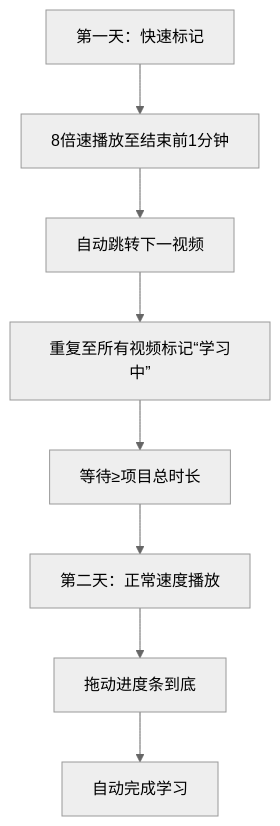
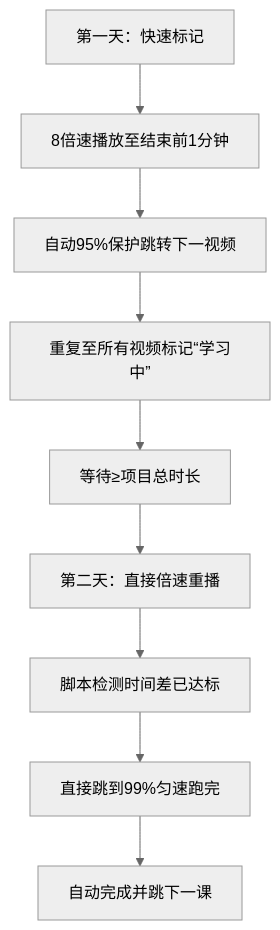
The diagram in README.md (dennischancs/fuck-huayi-video), drawn with Mermaid (neutral theme) before and after one commit. The commit also changed other lines of this file and 1 other file, not shown here.

````diff
--- a/README.md
+++ b/README.md
@@ -58,10 +68,11 @@
 ```mermaid
 graph TD
     A[第一天：快速标记] --> B[8倍速播放至结束前1分钟]
-    B --> C[自动跳转下一视频]
+    B --> C[自动95%保护跳转下一视频]
     C --> D[重复至所有视频标记“学习中”]
     D --> E[等待≥项目总时长]
-    E --> F[第二天：正常速度播放]
-    F --> G[拖动进度条到底]
-    G --> H[自动完成学习]
+    E --> F[第二天：直接倍速重播]
+    F --> G[脚本检测时间差已达标]
+    G --> H[直接跳到99%匀速跑完]
+    H --> I[自动完成并跳下一课]
 ```
````
